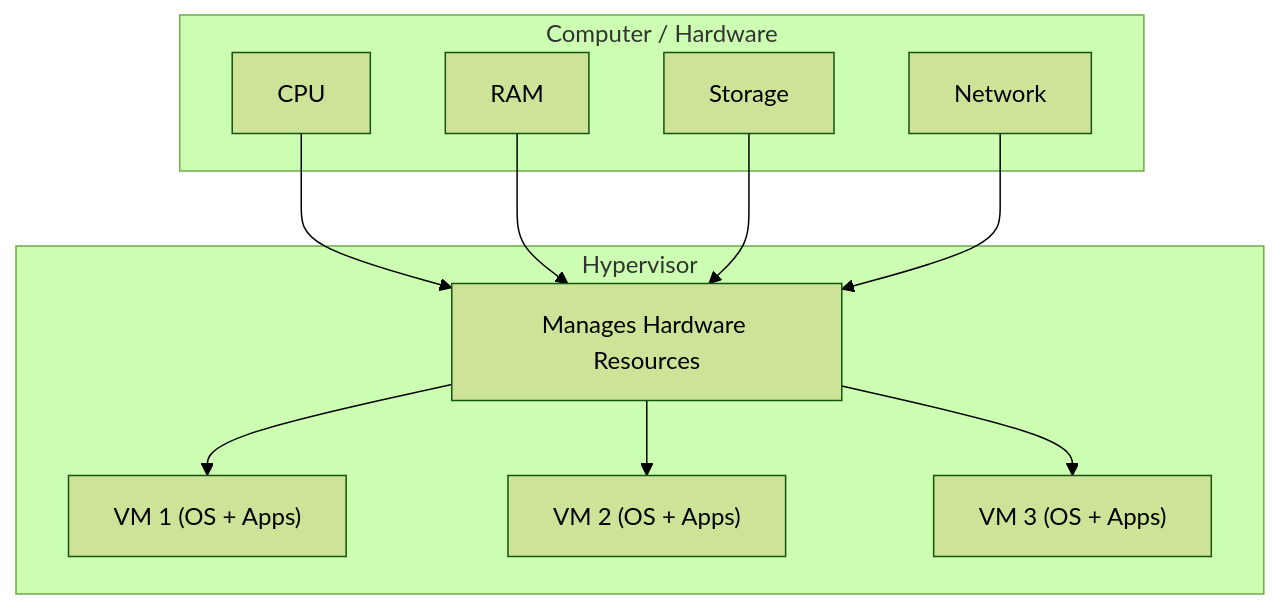
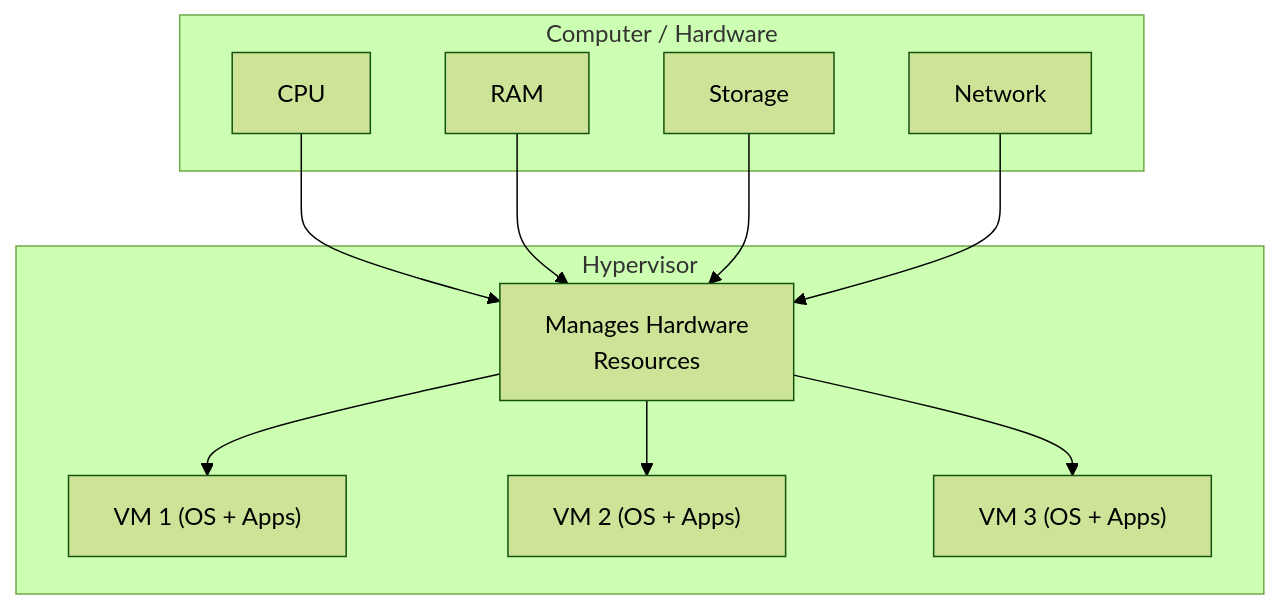
The first of 13 diagrams in README.md (Frontendab/Born2beRoot), drawn with Mermaid (forest theme) before and after one commit. The commit also changed other lines of this file, not shown here.

````diff
--- a/README.md
+++ b/README.md
@@ -39,21 +39,21 @@
 ```mermaid
 flowchart TD
     subgraph Physical_Host["Computer / Hardware"]
         A[CPU]
         B[RAM]
         C[Storage]
         D[Network]
     end
 
     subgraph Hypervisor["Hypervisor"]
-        E[Manages Hardware Resources]
+        E[Manages Hardware<br>Resources]
         E --> F["VM 1 (OS + Apps)"]
         E --> G["VM 2 (OS + Apps)"]
         E --> H["VM 3 (OS + Apps)"]
     end
 
     A --> E
     B --> E
     C --> E
     D --> E
 ```
````
